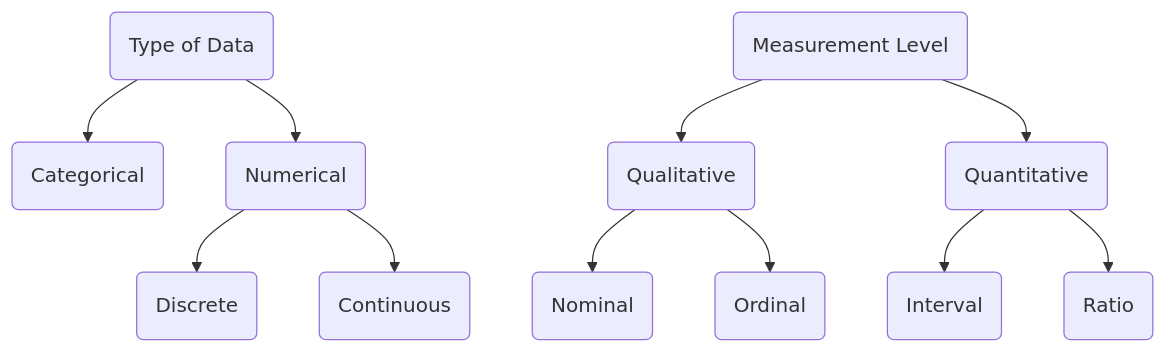
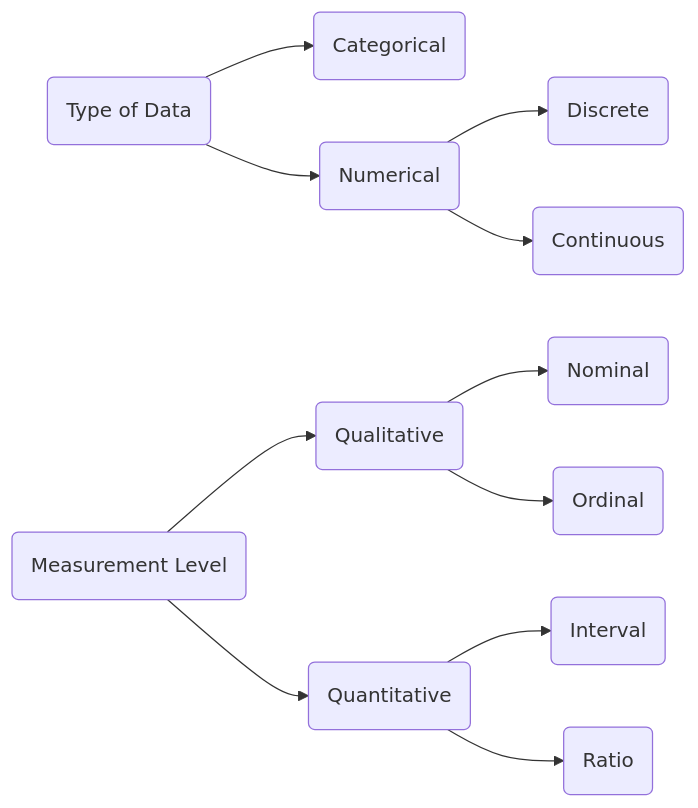
Before and after one commit to Garrik-Liu/my-notebook: the diagram in docs/数学/统计学/1.md, drawn with Mermaid. The commit also changed other lines of this file and 665 other files, not shown here.

````diff
--- a/docs/数学/统计学/1.md
+++ b/docs/数学/统计学/1.md
@@ -106,33 +106,24 @@
 ```mermaid
 
-graph TD;
+graph LR;
 
 A(Type of Data)
 B(Measurement Level)
-
 A1(Categorical)
 A2(Numerical)
 A21(Discrete)
 A22(Continuous)
-
 B1(Qualitative)
 B11(Nominal)
 B12(Ordinal)
-
 B2(Quantitative)
 B21(Interval)
 B22(Ratio)
 
-A --> A1
-A --> A2
-A2 --> A21
-A2 --> A22
-
-B --> B1
-B --> B2
-B1 --> B11
-B1 --> B12
-B2 --> B21
-B2 --> B22
+A --> A1;A --> A2
+A2 --> A21;A2 --> A22
+B --> B1;B --> B2
+B1 --> B11;B1 --> B12
+B2 --> B21;B2 --> B22
 
 ```
````
